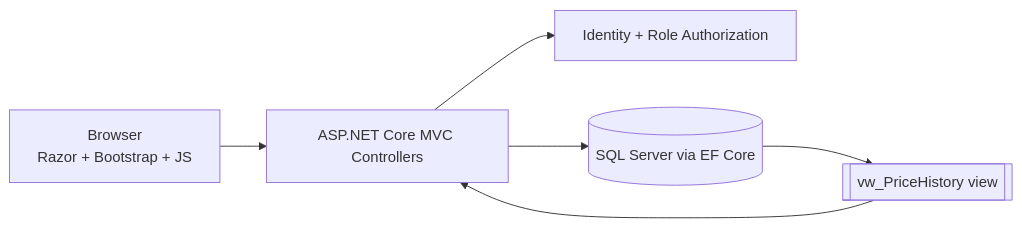
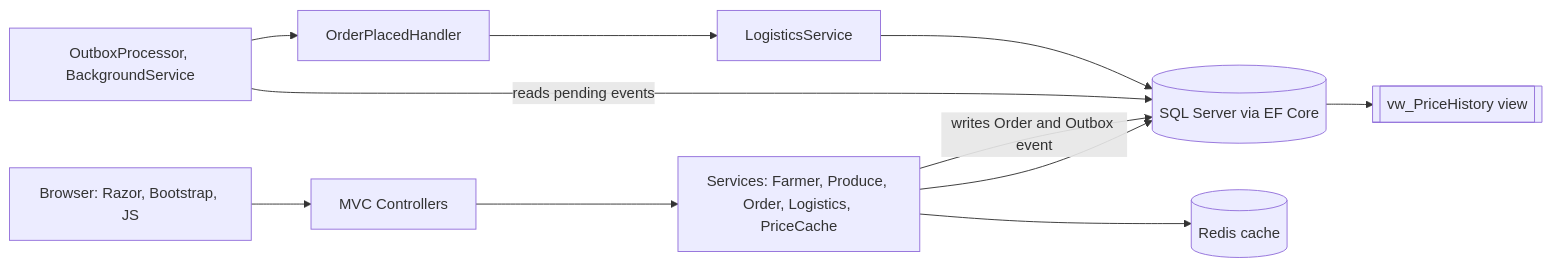
One commit to Snehar273/FarmConnect changed the first of 5 diagrams in README.md. Above: the diagram before and after it, drawn with Mermaid. The commit also changed other lines of this file and 54 other files, not shown here.

````diff
--- a/README.md
+++ b/README.md
@@ -69,8 +49,11 @@
 ```mermaid
 flowchart LR
-  B[Browser<br/>Razor + Bootstrap + JS] --> C[ASP.NET Core MVC Controllers]
-  C --> A[Identity + Role Authorization]
-  C --> D[(SQL Server via EF Core)]
-  D --> V[[vw_PriceHistory view]]
-  V --> C
+  UI["Browser: Razor, Bootstrap, JS"] --> C["MVC Controllers"]
+  C --> S["Services: Farmer, Produce, Order, Logistics, PriceCache"]
+  S --> DB[("SQL Server via EF Core")]
+  S --> R[("Redis cache")]
+  DB --> V[["vw_PriceHistory view"]]
+  S -- "writes Order and Outbox event" --> DB
+  W["OutboxProcessor, BackgroundService"] -- "reads pending events" --> DB
+  W --> H["OrderPlacedHandler"] --> L["LogisticsService"] --> DB
 ```
````
